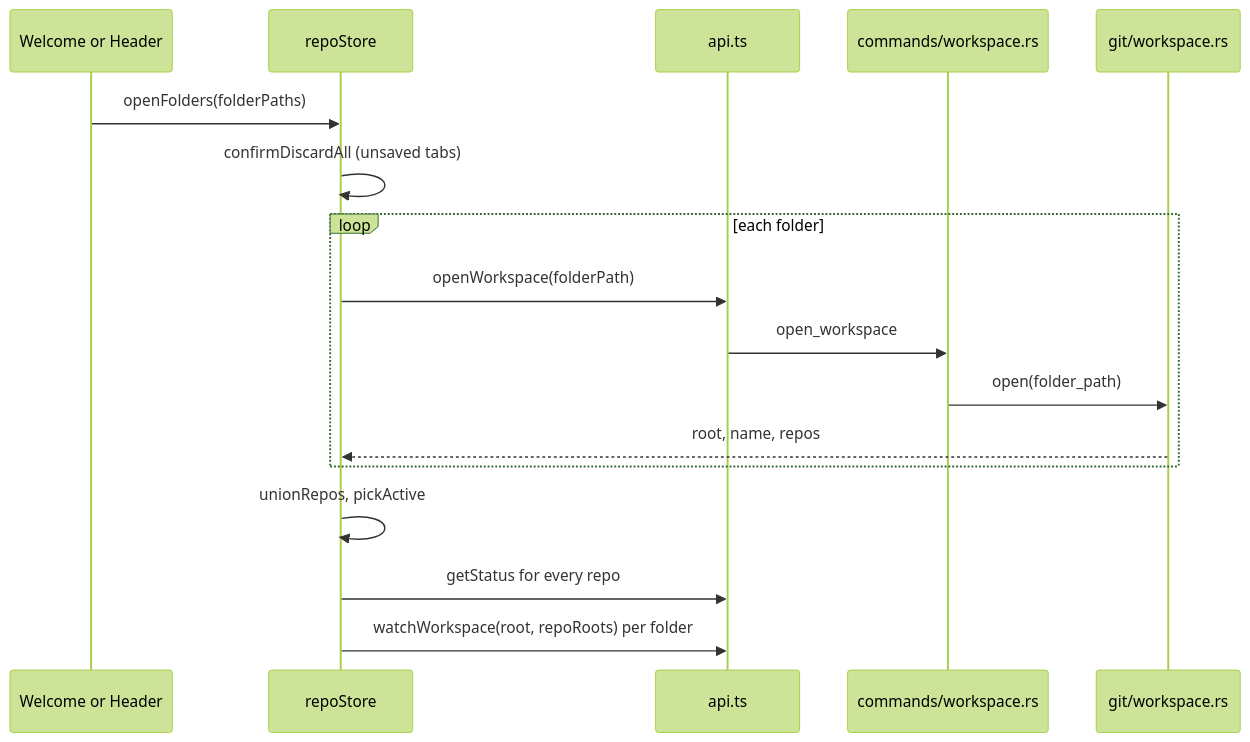
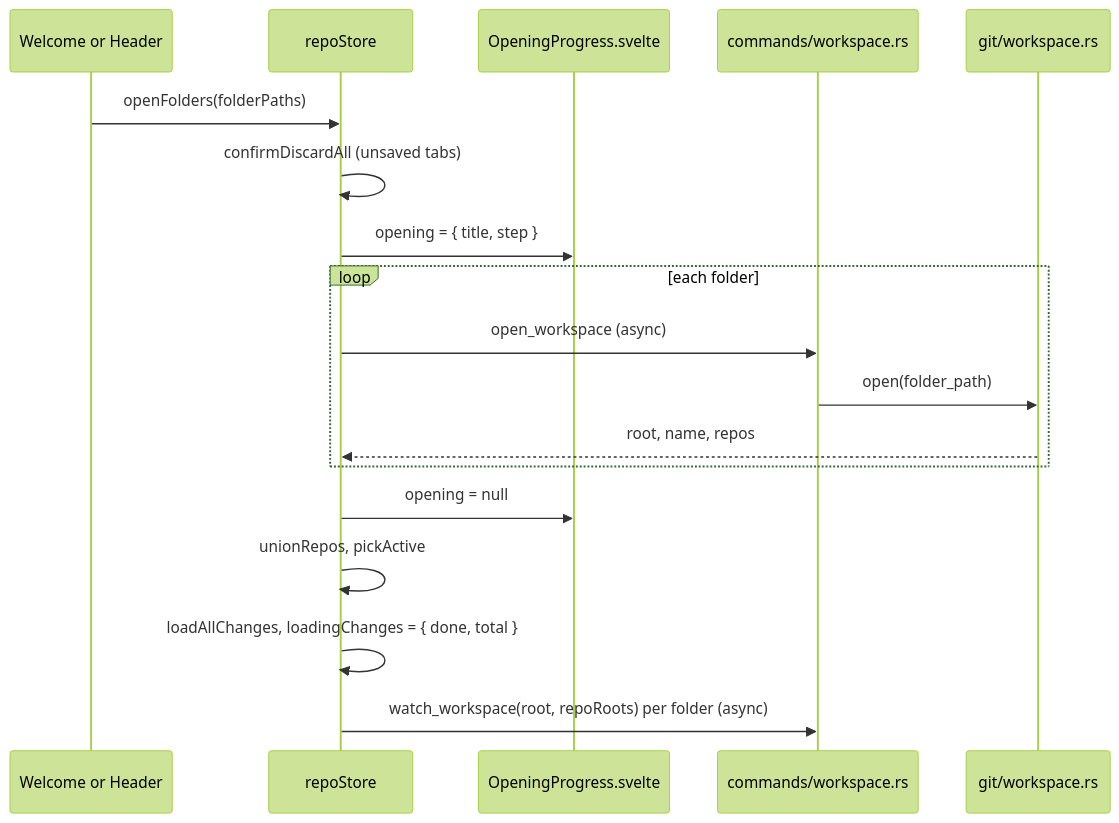
Before and after one commit to shibbirweb/git-manager: the diagram in docs/wiki/developer/How-Workspaces-Work.md, drawn with Mermaid (forest theme). The commit also changed other lines of this file and 110 other files, not shown here.

````diff
--- a/docs/wiki/developer/How-Workspaces-Work.md
+++ b/docs/wiki/developer/How-Workspaces-Work.md
@@ -17,19 +17,20 @@
 ```mermaid
 sequenceDiagram
   participant UI as Welcome or Header
   participant Store as repoStore
-  participant Api as api.ts
+  participant Card as OpeningProgress.svelte
   participant Cmd as commands/workspace.rs
   participant Git as git/workspace.rs
   UI->>Store: openFolders(folderPaths)
   Store->>Store: confirmDiscardAll (unsaved tabs)
+  Store->>Card: opening = { title, step }
   loop each folder
-    Store->>Api: openWorkspace(folderPath)
-    Api->>Cmd: open_workspace
+    Store->>Cmd: open_workspace (async)
     Cmd->>Git: open(folder_path)
     Git-->>Store: root, name, repos
   end
+  Store->>Card: opening = null
   Store->>Store: unionRepos, pickActive
-  Store->>Api: getStatus for every repo
-  Store->>Api: watchWorkspace(root, repoRoots) per folder
+  Store->>Store: loadAllChanges, loadingChanges = { done, total }
+  Store->>Cmd: watch_workspace(root, repoRoots) per folder (async)
 ```
````
